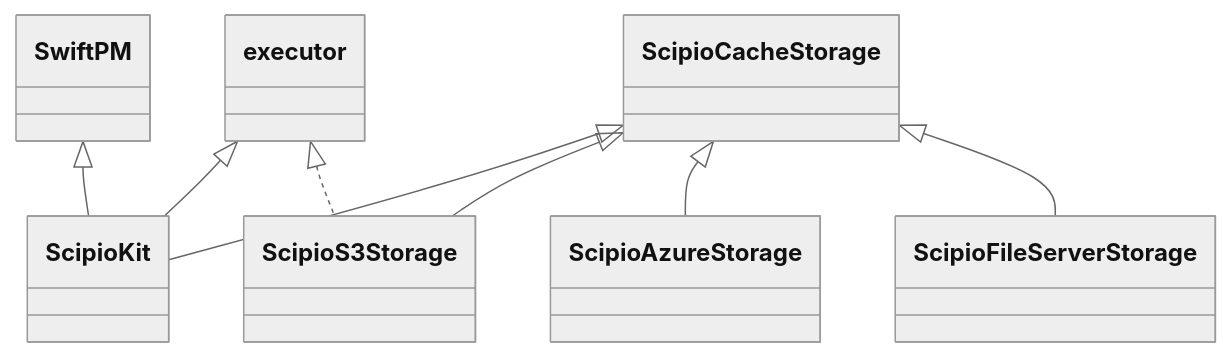
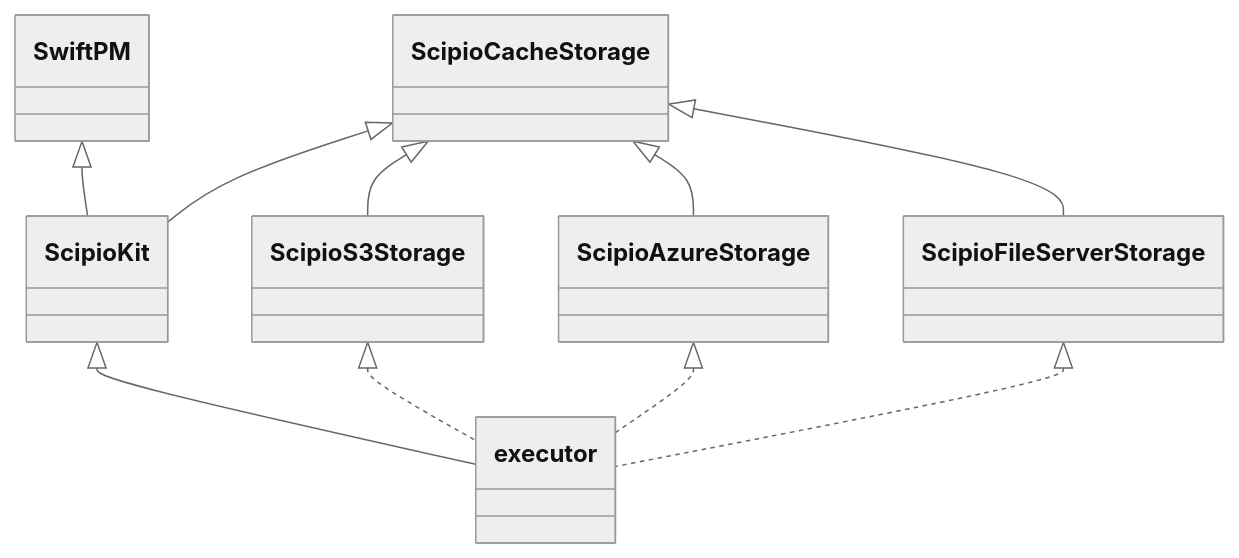
One commit to giginet/scipio-cache-storage changed the second of 2 diagrams in README.md. Above: the diagram before and after it, drawn with Mermaid (neutral theme).

Commit message:
Upgrade dependencies

````diff
--- a/README.md
+++ b/README.md
@@ -33,22 +33,24 @@
 ```mermaid
 classDiagram
     object SwiftPM
 
     object ScipioCacheStorage
 
     object ScipioKit
 
     object ScipioS3Storage
     object ScipioAzureStorage
     object ScipioFileServerStorage
 
     object executor
 
     SwiftPM <|-- ScipioKit
     ScipioCacheStorage <|-- ScipioKit
     ScipioCacheStorage <|-- ScipioS3Storage
     ScipioCacheStorage <|-- ScipioAzureStorage
     ScipioCacheStorage <|-- ScipioFileServerStorage
-    executor <|-- ScipioKit
-    executor <|.. ScipioS3Storage
+    ScipioKit <|-- executor
+    ScipioS3Storage <|.. executor
+    ScipioAzureStorage <|.. executor
+    ScipioFileServerStorage <|.. executor
 ```
````
